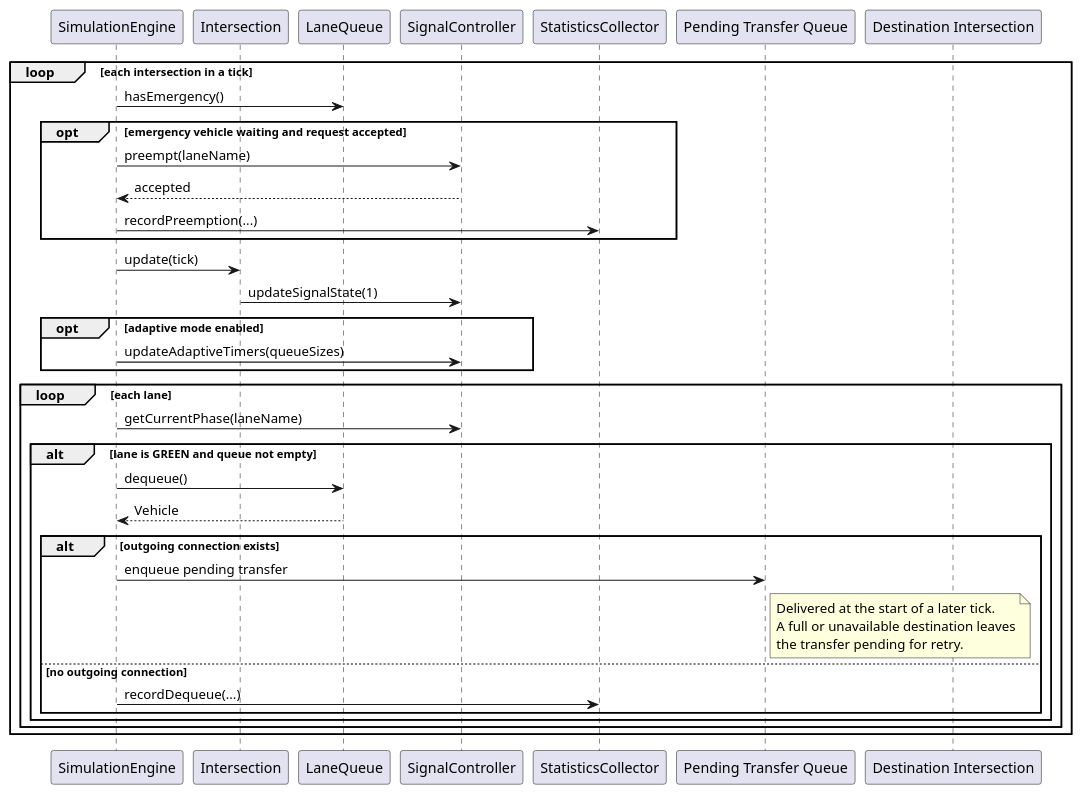
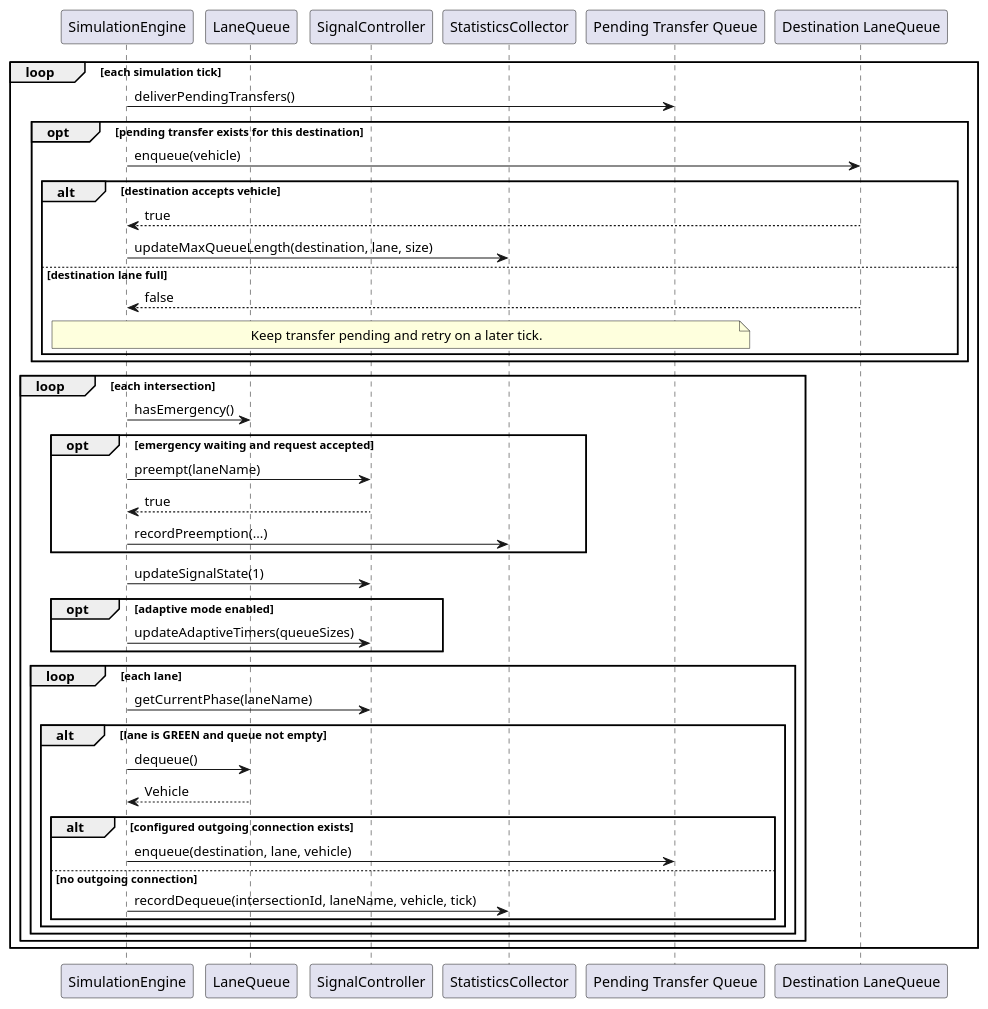
The diagram in Documents/diagrams/TMS_Signal_And_Dispatch_Sequence.puml (team16-traffic-management/team16-traffic-management-system), drawn with PlantUML before and after one commit.

Commit message:
docs: refine UML diagrams against implementation

```diff
--- a/Documents/diagrams/TMS_Signal_And_Dispatch_Sequence.puml
+++ b/Documents/diagrams/TMS_Signal_And_Dispatch_Sequence.puml
@@ -1,40 +1,48 @@
 @startuml
 participant "SimulationEngine" as Engine
-participant "Intersection" as Junction
-participant "LaneQueue" as Queue
+participant "LaneQueue" as SourceQueue
 participant "SignalController" as Signal
 participant "StatisticsCollector" as Stats
 participant "Pending Transfer Queue" as Transfers
-participant "Destination Intersection" as Destination
+participant "Destination LaneQueue" as DestinationQueue
 
-loop each intersection in a tick
-  Engine -> Queue : hasEmergency()
-  opt emergency vehicle waiting and request accepted
-    Engine -> Signal : preempt(laneName)
-    Signal --> Engine : accepted
-    Engine -> Stats : recordPreemption(...)
+loop each simulation tick
+  Engine -> Transfers : deliverPendingTransfers()
+  opt pending transfer exists for this destination
+    Engine -> DestinationQueue : enqueue(vehicle)
+    alt destination accepts vehicle
+      DestinationQueue --> Engine : true
+      Engine -> Stats : updateMaxQueueLength(destination, lane, size)
+    else destination lane full
+      DestinationQueue --> Engine : false
+      note over Engine,Transfers
+        Keep transfer pending and retry on a later tick.
+      end note
+    end
   end
-  Engine -> Junction : update(tick)
-  Junction -> Signal : updateSignalState(1)
-  opt adaptive mode enabled
-    Engine -> Signal : updateAdaptiveTimers(queueSizes)
-  end
-  loop each lane
-    Engine -> Signal : getCurrentPhase(laneName)
-    alt lane is GREEN and queue not empty
-      Engine -> Queue : dequeue()
-      Queue --> Engine : Vehicle
-      alt outgoing connection exists
-        Engine -> Transfers : enqueue pending transfer
-        note right of Transfers
-          Delivered at the start of a later tick.
-          A full or unavailable destination leaves
-          the transfer pending for retry.
-        end note
-      else no outgoing connection
-        Engine -> Stats : recordDequeue(...)
+  loop each intersection
+    Engine -> SourceQueue : hasEmergency()
+    opt emergency waiting and request accepted
+      Engine -> Signal : preempt(laneName)
+      Signal --> Engine : true
+      Engine -> Stats : recordPreemption(...)
+    end
+    Engine -> Signal : updateSignalState(1)
+    opt adaptive mode enabled
+      Engine -> Signal : updateAdaptiveTimers(queueSizes)
+    end
+    loop each lane
+      Engine -> Signal : getCurrentPhase(laneName)
+      alt lane is GREEN and queue not empty
+        Engine -> SourceQueue : dequeue()
+        SourceQueue --> Engine : Vehicle
+        alt configured outgoing connection exists
+          Engine -> Transfers : enqueue(destination, lane, vehicle)
+        else no outgoing connection
+          Engine -> Stats : recordDequeue(intersectionId, laneName, vehicle, tick)
+        end
       end
     end
   end
 end
 @enduml
```
